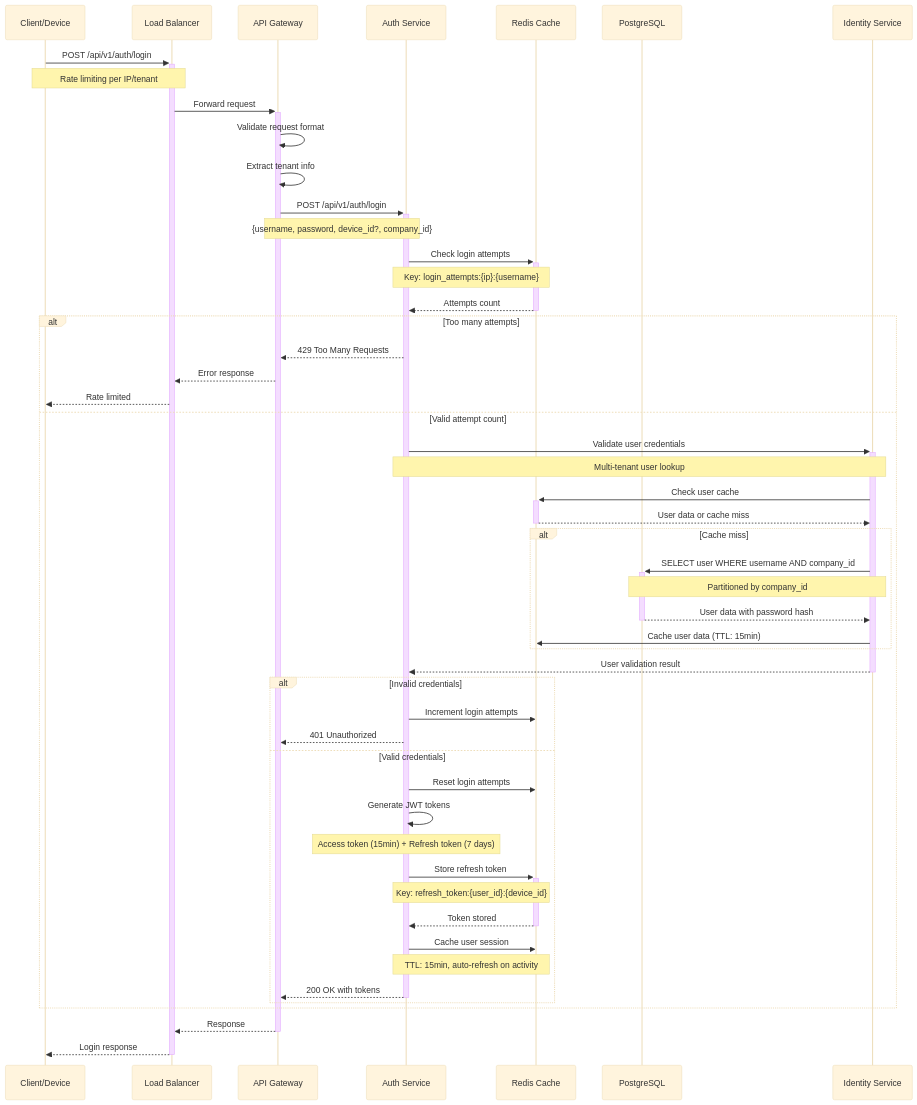
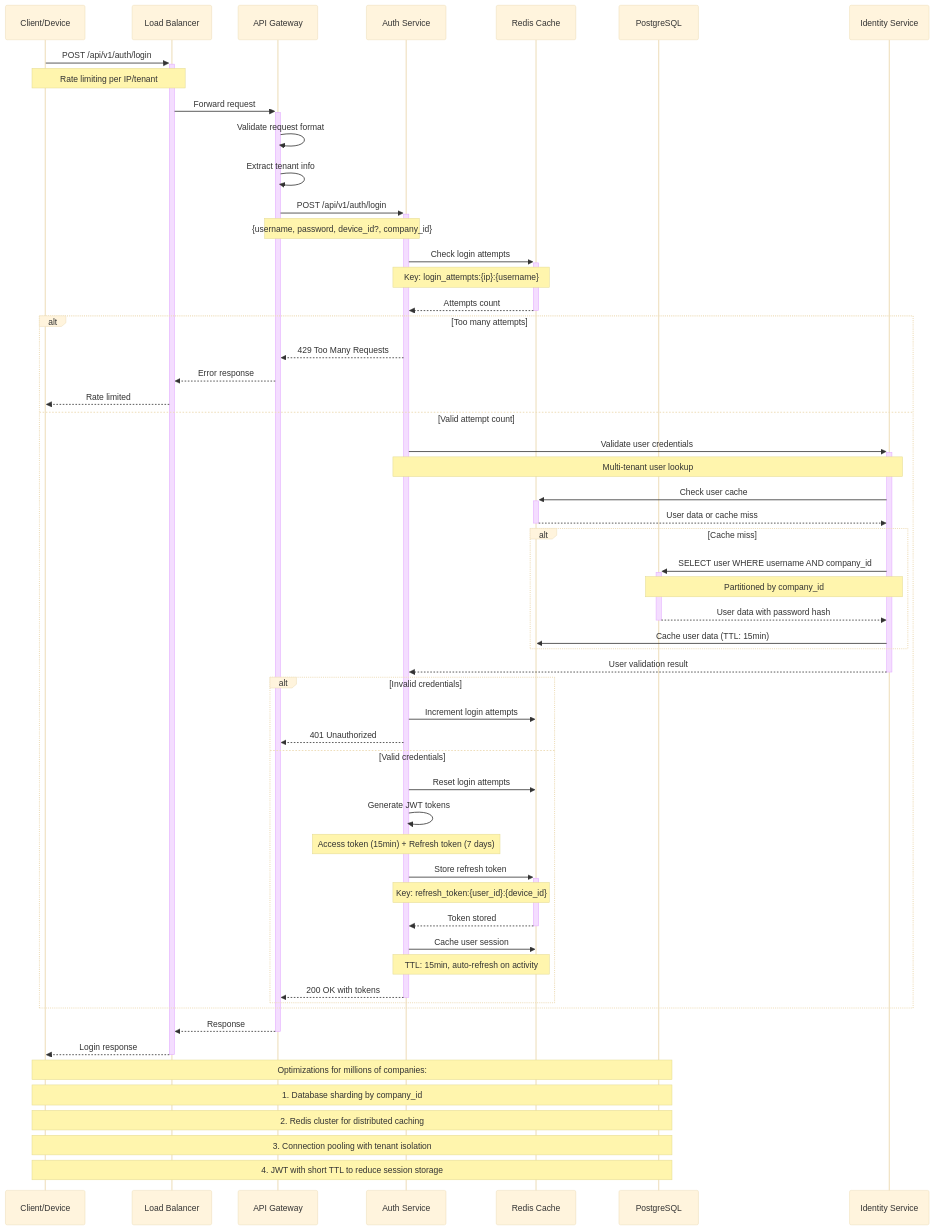
The diagram in doc/sequence_diagrams/auth/login.mmd (Youknow2509/cio_verify_face), drawn with Mermaid (base theme) before and after one commit. The commit also changed 46 other files, not shown here.

```diff
--- a/doc/sequence_diagrams/auth/login.mmd
+++ b/doc/sequence_diagrams/auth/login.mmd
@@ -1,63 +1,69 @@
 sequenceDiagram
     participant Client as Client/Device
     participant LB as Load Balancer
     participant Gateway as API Gateway
     participant Auth as Auth Service
     participant Cache as Redis Cache
     participant DB as PostgreSQL
     participant Identity as Identity Service
 
     Client->>+LB: POST /api/v1/auth/login
     Note over Client,LB: Rate limiting per IP/tenant
     
     LB->>+Gateway: Forward request
     Gateway->>Gateway: Validate request format
     Gateway->>Gateway: Extract tenant info
     
     Gateway->>+Auth: POST /api/v1/auth/login
     Note over Gateway,Auth: {username, password, device_id?, company_id}
     
     Auth->>+Cache: Check login attempts
     Note over Auth,Cache: Key: login_attempts:{ip}:{username}
     Cache-->>-Auth: Attempts count
     
     alt Too many attempts
         Auth-->>Gateway: 429 Too Many Requests
         Gateway-->>LB: Error response
         LB-->>Client: Rate limited
     else Valid attempt count
         Auth->>+Identity: Validate user credentials
         Note over Auth,Identity: Multi-tenant user lookup
         Identity->>+Cache: Check user cache
         Cache-->>-Identity: User data or cache miss
         
         alt Cache miss
             Identity->>+DB: SELECT user WHERE username AND company_id
             Note over Identity,DB: Partitioned by company_id
             DB-->>-Identity: User data with password hash
             Identity->>Cache: Cache user data (TTL: 15min)
         end
         
         Identity-->>-Auth: User validation result
         
         alt Invalid credentials
             Auth->>Cache: Increment login attempts
             Auth-->>Gateway: 401 Unauthorized
         else Valid credentials
             Auth->>Cache: Reset login attempts
             Auth->>Auth: Generate JWT tokens
             Note over Auth: Access token (15min) + Refresh token (7 days)
             
             Auth->>+Cache: Store refresh token
             Note over Auth,Cache: Key: refresh_token:{user_id}:{device_id}
             Cache-->>-Auth: Token stored
             
             Auth->>Cache: Cache user session
             Note over Auth,Cache: TTL: 15min, auto-refresh on activity
             
             Auth-->>-Gateway: 200 OK with tokens
         end
     end
     
     Gateway-->>-LB: Response
     LB-->>-Client: Login response
+    
+    Note over Client,DB: Optimizations for millions of companies:
+    Note over Client,DB: 1. Database sharding by company_id
+    Note over Client,DB: 2. Redis cluster for distributed caching
+    Note over Client,DB: 3. Connection pooling with tenant isolation
+    Note over Client,DB: 4. JWT with short TTL to reduce session storage
```
